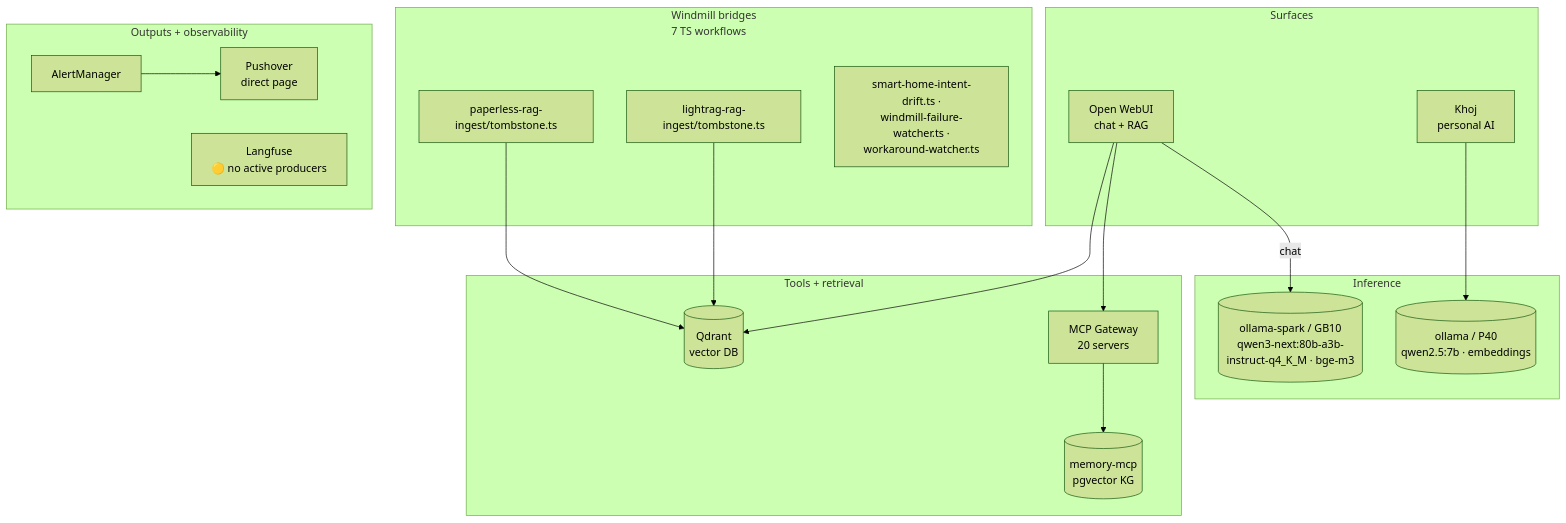
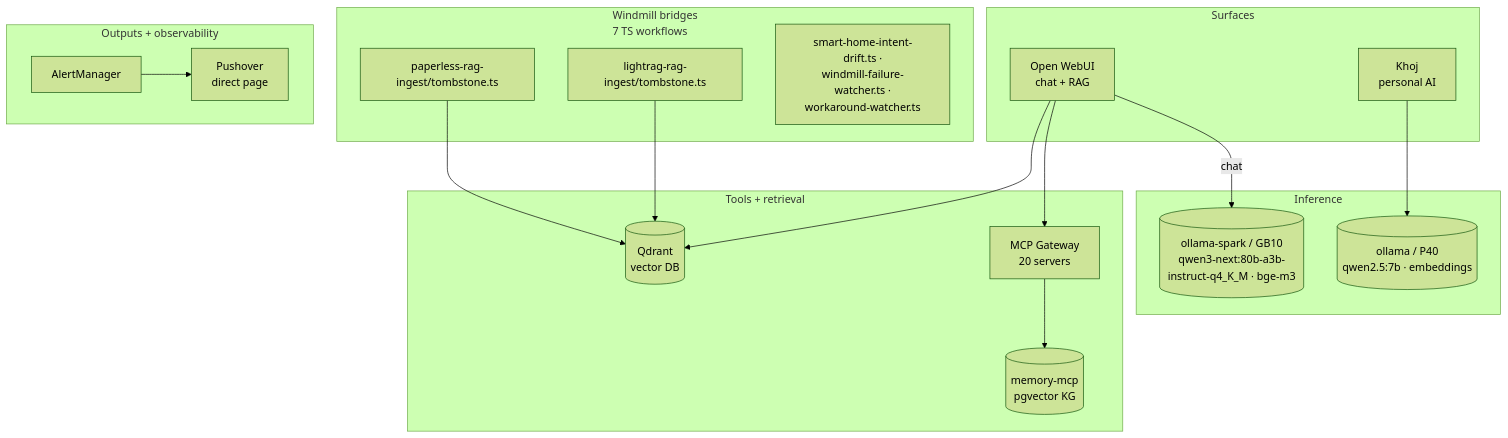
One commit to rwlove/home-ops changed the second of 2 diagrams in README.md. Above: the diagram before and after it, drawn with Mermaid (forest theme). The commit also changed other lines of this file and 14 other files, not shown here.

````diff
--- a/README.md
+++ b/README.md
@@ -317,38 +316,37 @@
 ```mermaid
 flowchart TB
     subgraph Surfaces[Surfaces]
         OWUI[Open WebUI<br/>chat + RAG]
         Khoj[Khoj<br/>personal AI]
     end
 
     subgraph Bridges[Windmill bridges<br/>7 TS workflows]
         WPaperless[paperless-rag-ingest/tombstone.ts]
         WLightrag[lightrag-rag-ingest/tombstone.ts]
         WOther[smart-home-intent-drift.ts ·<br/>windmill-failure-watcher.ts ·<br/>workaround-watcher.ts]
     end
 
     subgraph Inference[Inference]
         OllamaP40[(ollama / P40<br/>qwen2.5:7b · embeddings)]
         OllamaSpark[(ollama-spark / GB10<br/>qwen3-next:80b-a3b-instruct-q4_K_M · bge-m3)]
     end
 
     subgraph Tools[Tools + retrieval]
         Gw[MCP Gateway<br/>20 servers]
         Q[(Qdrant<br/>vector DB)]
         Mem[(memory-mcp<br/>pgvector KG)]
     end
 
     subgraph Outputs[Outputs + observability]
         AM[AlertManager]
         Push[Pushover<br/>direct page]
-        LF[Langfuse<br/>🟡 no active producers]
     end
 
     OWUI -->|chat| OllamaSpark
     OWUI --> Gw --> Mem
     OWUI --> Q
     Khoj --> OllamaP40
     WPaperless --> Q
     WLightrag --> Q
     AM --> Push
 ```
````
